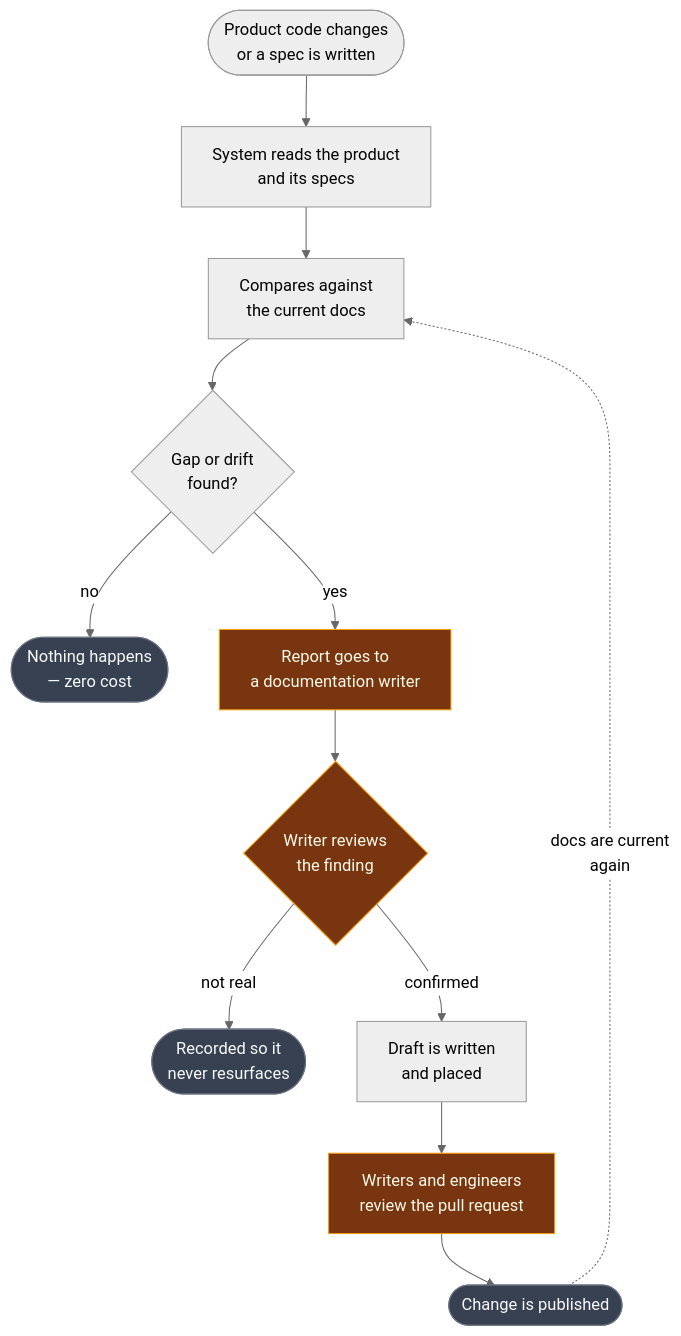
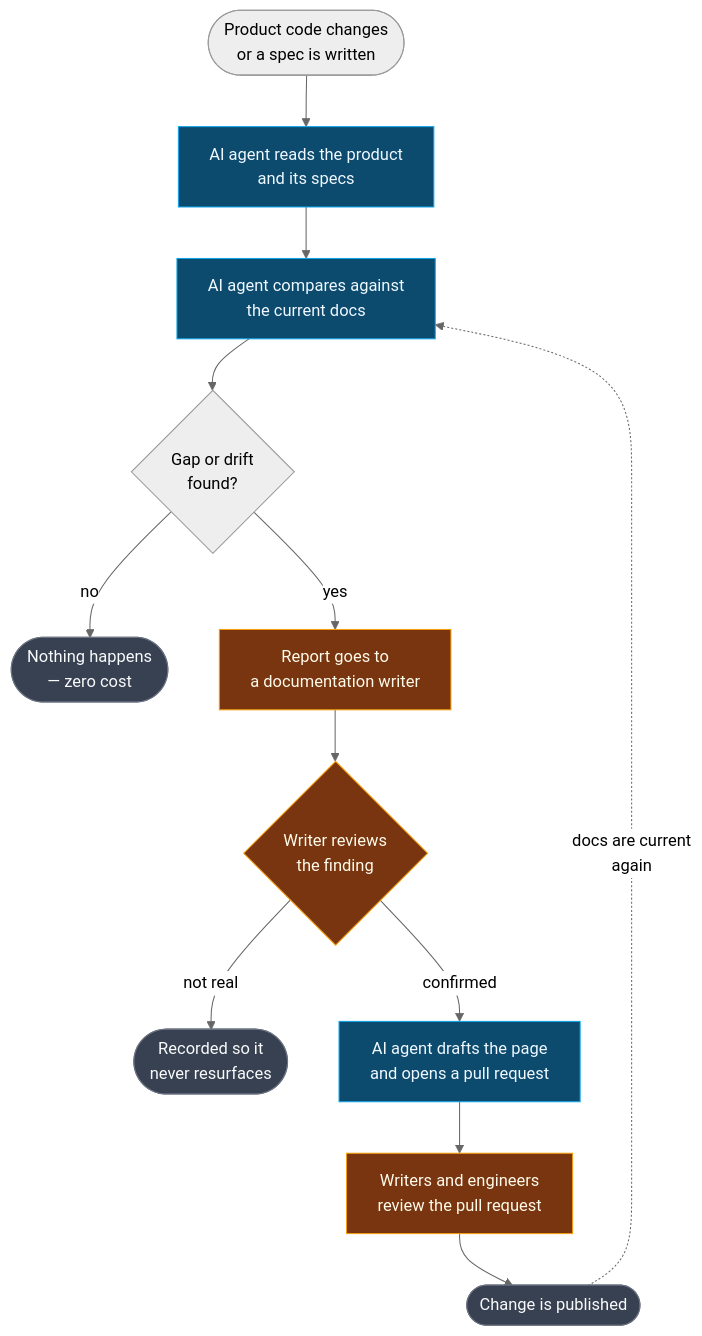
One commit to netwrix/docs changed the first of 7 diagrams in docsync/xchange-article.md. Above: the diagram before and after it, drawn with Mermaid (neutral theme).

Commit message:
Clarify that the AI agent authors the draft, not the writer
The workflow-at-a-glance diagram left "Draft is written and placed"
ambiguous about who does the writing. Relabel the AI-driven steps
(reads the product, compares to docs, drafts the page) with an
explicit "AI agent" prefix and a distinct blue fill, so the diagram
reads: AI detects and drafts, human reviews and decides.

````diff
--- a/docsync/xchange-article.md
+++ b/docsync/xchange-article.md
@@ -35,19 +35,21 @@
 ```mermaid
 flowchart TB
-  A(["Product code changes<br/>or a spec is written"]) --> B["System reads the product<br/>and its specs"]
-  B --> C["Compares against<br/>the current docs"]
+  A(["Product code changes<br/>or a spec is written"]) --> B["AI agent reads the product<br/>and its specs"]
+  B --> C["AI agent compares against<br/>the current docs"]
   C --> D{"Gap or drift<br/>found?"}
   D -- "no" --> E(["Nothing happens<br/>— zero cost"])
   D -- "yes" --> F["Report goes to<br/>a documentation writer"]
   F --> G{"Writer reviews<br/>the finding"}
   G -- "not real" --> H(["Recorded so it<br/>never resurfaces"])
-  G -- "confirmed" --> I["Draft is written<br/>and placed"]
+  G -- "confirmed" --> I["AI agent drafts the page<br/>and opens a pull request"]
   I --> J["Writers and engineers<br/>review the pull request"]
   J --> K(["Change is published"])
   K -.->|"docs are current<br/>again"| C
 
   classDef stop fill:#374151,stroke:#6b7280,color:#f9fafb
   classDef human fill:#78350f,stroke:#f59e0b,color:#fffbeb
+  classDef ai fill:#0c4a6e,stroke:#0ea5e9,color:#f0f9ff
   class E,H,K stop
   class F,G,J human
+  class B,C,I ai
 ```
````
